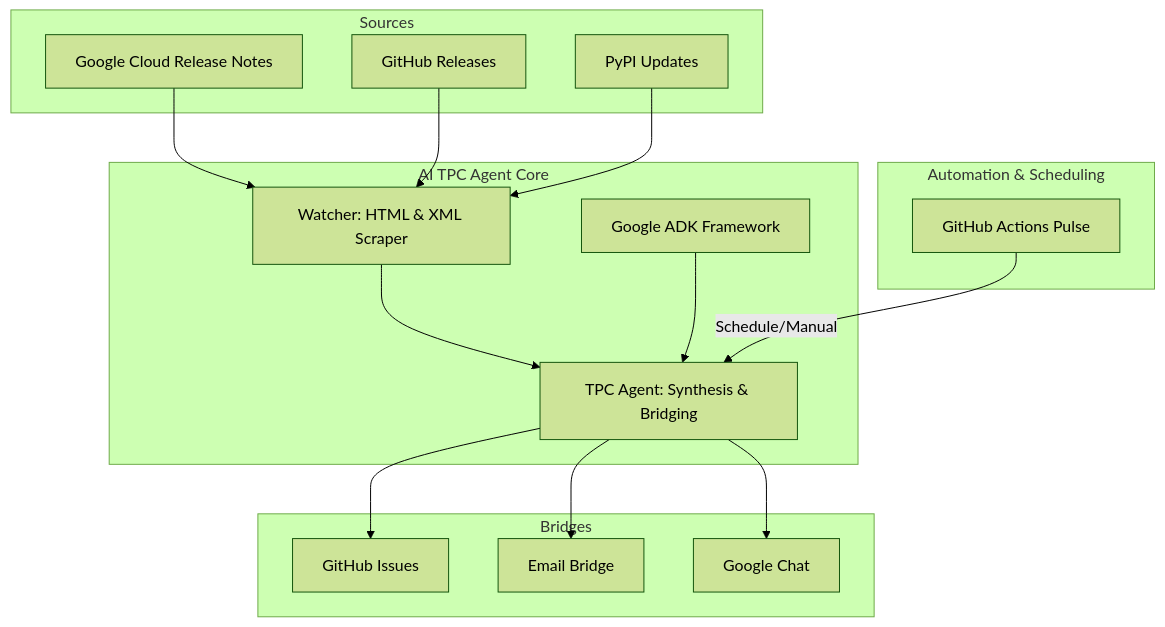
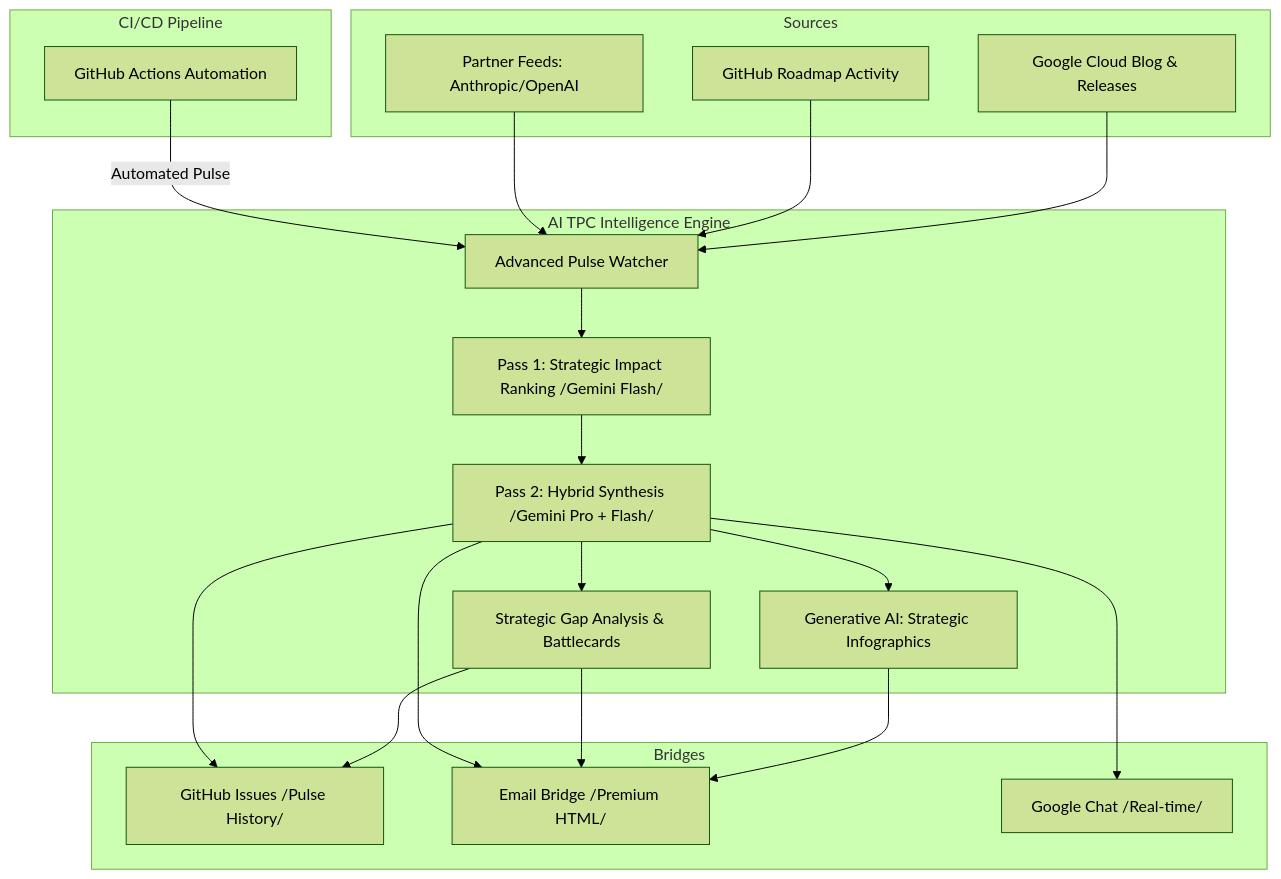
Before and after one commit to enriquekalven/ai-tpc-agent: the diagram in README.md, drawn with Mermaid (forest theme). The commit also changed other lines of this file, not shown here.

Commit message:
docs: update architecture Mermaid and feature list for Gemini 2.5 Hybrid & Strategic Ranking

````diff
--- a/README.md
+++ b/README.md
@@ -8,35 +8,44 @@
 ```mermaid
 graph TD
     subgraph Sources
-        GC[Google Cloud Release Notes]
-        GH[GitHub Releases]
-        PP[PyPI Updates]
+        GC[Google Cloud Blog & Releases]
+        GH[GitHub Roadmap Activity]
+        PA[Partner Feeds: Anthropic/OpenAI]
     end
 
-    subgraph "AI TPC Agent Core"
-        W[Watcher: HTML & XML Scraper]
-        A[TPC Agent: Synthesis & Bridging]
-        ADK[Google ADK Framework]
-        W --> A
-        ADK --> A
+    subgraph "AI TPC Intelligence Engine"
+        W[Advanced Pulse Watcher]
+        R[Pass 1: Strategic Impact Ranking /Gemini Flash/]
+        A[Pass 2: Hybrid Synthesis /Gemini Pro + Flash/]
+        IG[Generative AI: Strategic Infographics]
+        GA[Strategic Gap Analysis & Battlecards]
+        
+        W --> R
+        R --> A
+        A --> IG
+        A --> GA
     end
 
     subgraph Bridges
-        GI[GitHub Issues]
-        EM[Email Bridge]
-        GChat[Google Chat]
+        GI[GitHub Issues /Pulse History/]
+        EM[Email Bridge /Premium HTML/]
+        GChat[Google Chat /Real-time/]
     end
 
     GC --> W
     GH --> W
-    PP --> W
+    PA --> W
+    
+    IG --> EM
+    GA --> EM
+    GA --> GI
     
     A --> GI
     A --> EM
     A --> GChat
     
-    subgraph "Automation & Scheduling"
-        GA[GitHub Actions Pulse]
-        GA --> |Schedule/Manual| A
+    subgraph "CI/CD Pipeline"
+        GAP[GitHub Actions Automation]
+        GAP --> |Automated Pulse| W
     end
 ```
````
